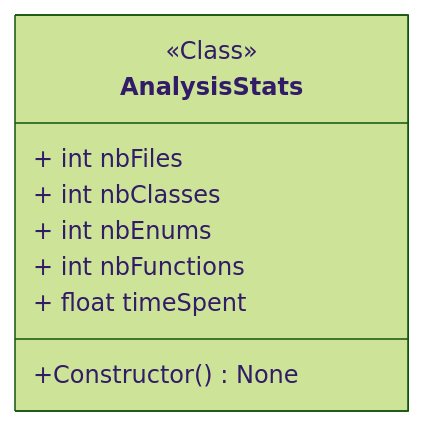
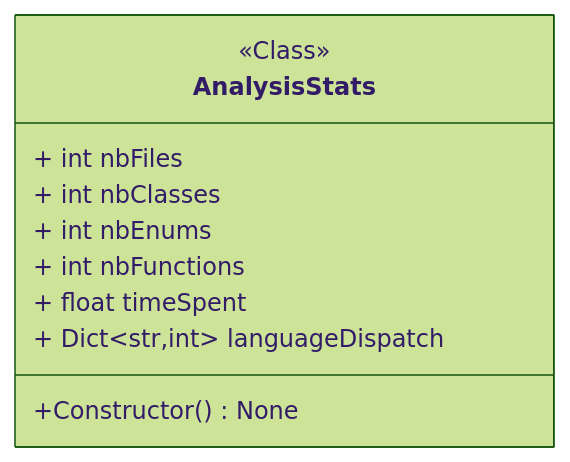
One commit to miong/pycodeanalyzer changed the diagram in docs/source/code/diagrams/pycodeanalyzer_core_engine_engine_AnalysisStats.mmd. Above: the diagram before and after it, drawn with Mermaid (forest theme). The commit also changed 18 other files, not shown here.

Commit message:
Add language pie chart

```diff
--- a/docs/source/code/diagrams/pycodeanalyzer_core_engine_engine_AnalysisStats.mmd
+++ b/docs/source/code/diagrams/pycodeanalyzer_core_engine_engine_AnalysisStats.mmd
@@ -1,10 +1,11 @@
 classDiagram
 class AnalysisStats {
 <<Class>>
 + int nbFiles
 + int nbClasses
 + int nbEnums
 + int nbFunctions
 + float timeSpent
++ Dict~str,int~ languageDispatch
 +Constructor() None
 }
```
